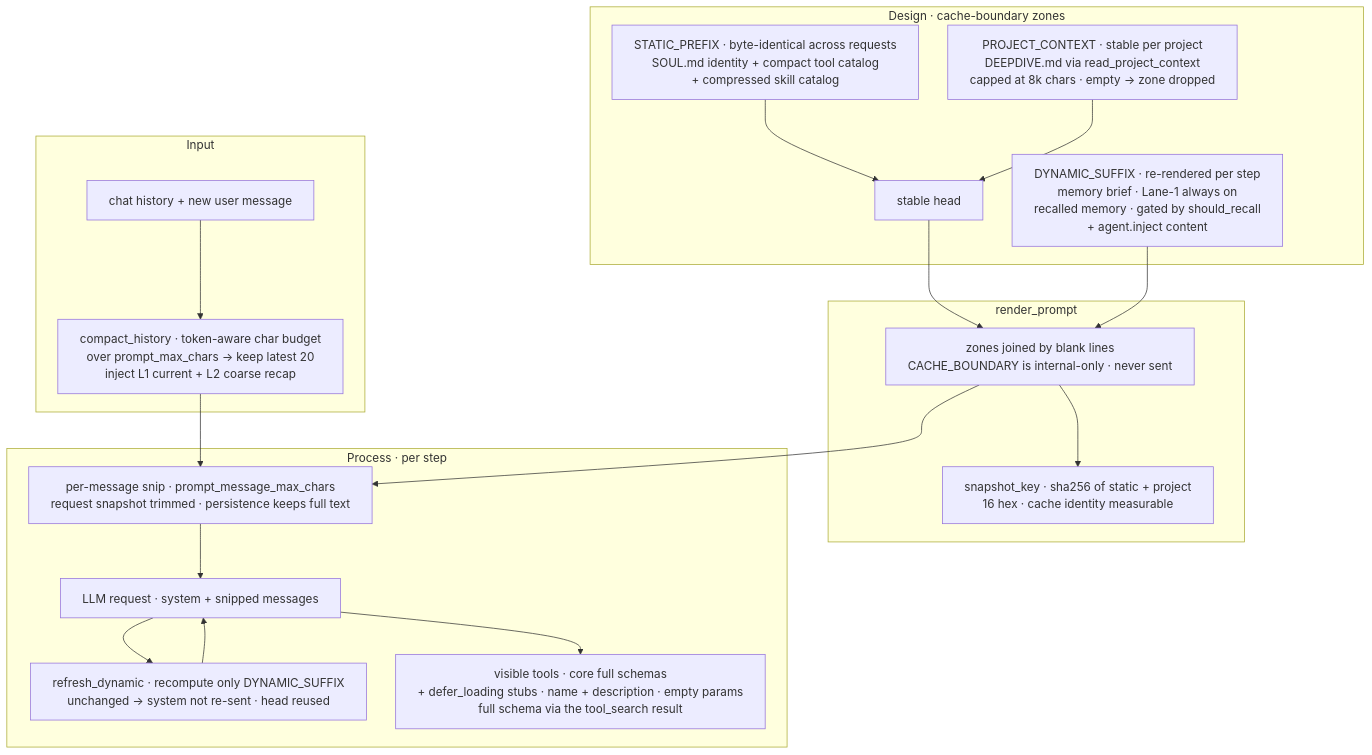
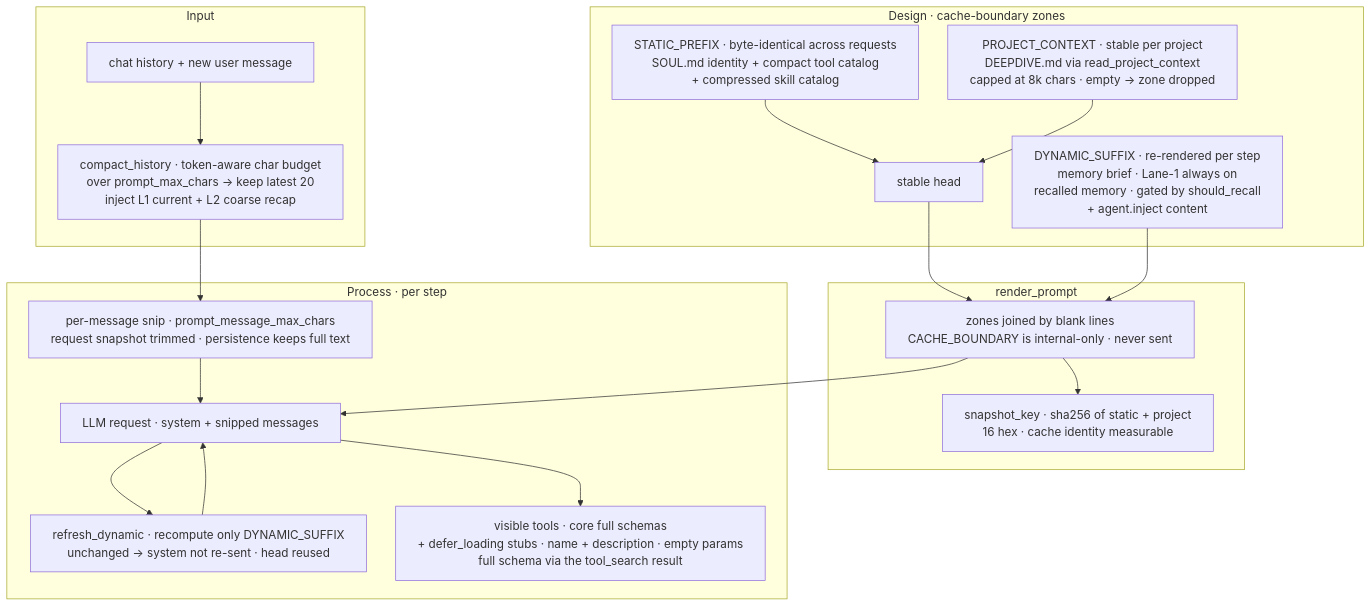
The fourth of 4 diagrams in README.md (Eric-LLMs/DeepDive), drawn with Mermaid before and after one commit.

Commit message:
docs: render zones to the LLM request, not per-message snip, in prompt diagram
The rendered system prompt goes into the request untrimmed (loop.py builds
request = system + snipped_messages); only message contents are snipped.
RENDER --> REQ reflects the code, keeps the 2x2 alignment, and uncrosses.

false

````diff
--- a/README.md
+++ b/README.md
@@ -139,42 +139,42 @@
 ```mermaid
 %%{init: {"flowchart": {"wrappingWidth": 500, "nodeSpacing": 40, "rankSpacing": 50}}}%%
 flowchart TB
     %% Prompt module: cache-boundary assembly + compression + deferred tool stubs.
     %% Invariants: the CACHE_BOUNDARY separator is internal-only and never rendered; the stable
     %% head (STATIC_PREFIX + PROJECT_CONTEXT) is byte-identical so the provider prefix cache is
     %% reused; only the DYNAMIC_SUFFIX re-renders per step and is skipped when unchanged; the
     %% per-message snip trims the request snapshot only, keeping the persistence copy raw; mounted
     %% tools appear as stable defer_loading stubs, with the full schema riding in the tool_search
     %% result.
 
     subgraph input["Input"]
         HIST["chat history + new user message"]
         AUTO["compact_history · token-aware char budget<br/>over prompt_max_chars → keep latest 20<br/>inject L1 current + L2 coarse recap"]
         HIST --> AUTO
     end
 
     subgraph zones["Design · cache-boundary zones"]
         SP["STATIC_PREFIX · byte-identical across requests<br/>SOUL.md identity + compact tool catalog<br/>+ compressed skill catalog"]
         PC["PROJECT_CONTEXT · stable per project<br/>DEEPDIVE.md via read_project_context<br/>capped at 8k chars · empty → zone dropped"]
         DS["DYNAMIC_SUFFIX · re-rendered per step<br/>memory brief · Lane-1 always on<br/>recalled memory · gated by should_recall<br/>+ agent.inject content"]
         SP --> HEAD["stable head"]
         PC --> HEAD
     end
 
     subgraph render["render_prompt"]
         HEAD --> RENDER
         DS --> RENDER
         RENDER["zones joined by blank lines<br/>CACHE_BOUNDARY is internal-only · never sent"]
         RENDER --> KEY["snapshot_key · sha256 of static + project<br/>16 hex · cache identity measurable"]
     end
 
     subgraph perstep["Process · per step"]
         SNIP["per-message snip · prompt_message_max_chars<br/>request snapshot trimmed · persistence keeps full text"]
         AUTO --> SNIP
         SNIP --> REQ["LLM request · system + snipped messages"]
         REQ --> REFRESH["refresh_dynamic · recompute only DYNAMIC_SUFFIX<br/>unchanged → system not re-sent · head reused"]
         REQ --> TOOLS["visible tools · core full schemas<br/>+ defer_loading stubs · name + description · empty params<br/>full schema via the tool_search result"]
         REFRESH --> REQ
-        RENDER --> SNIP
+        RENDER --> REQ
     end
 ```
````
